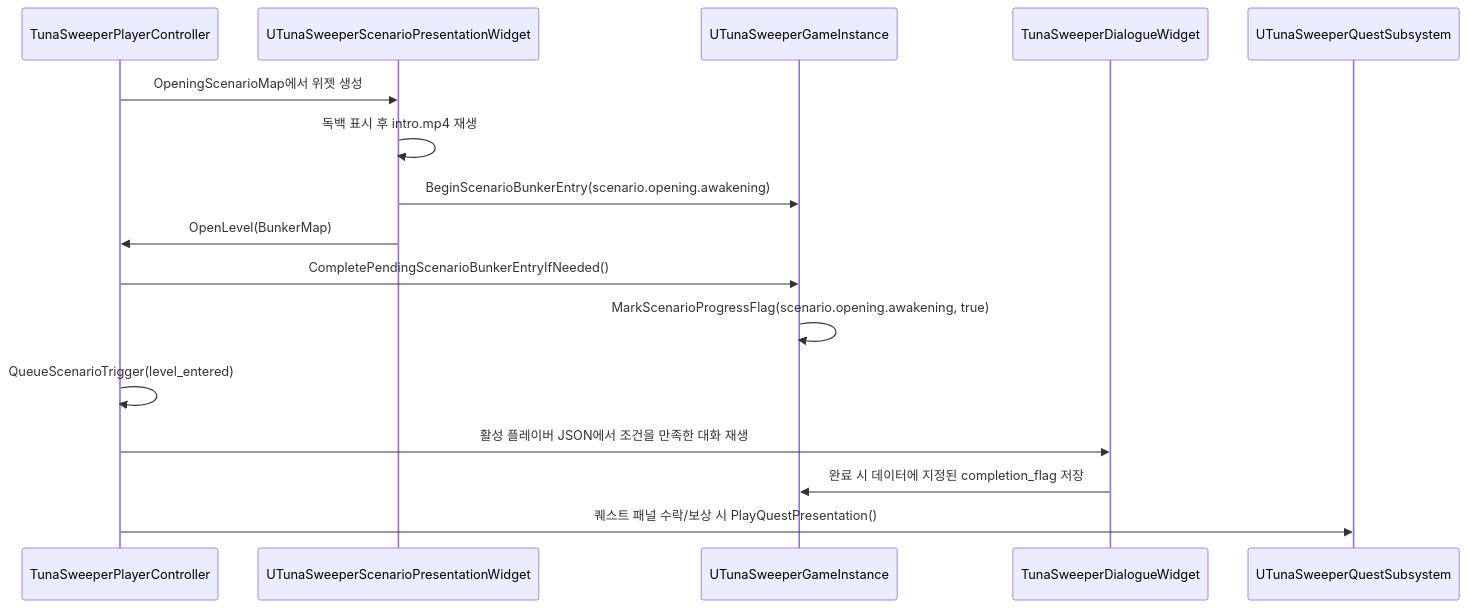
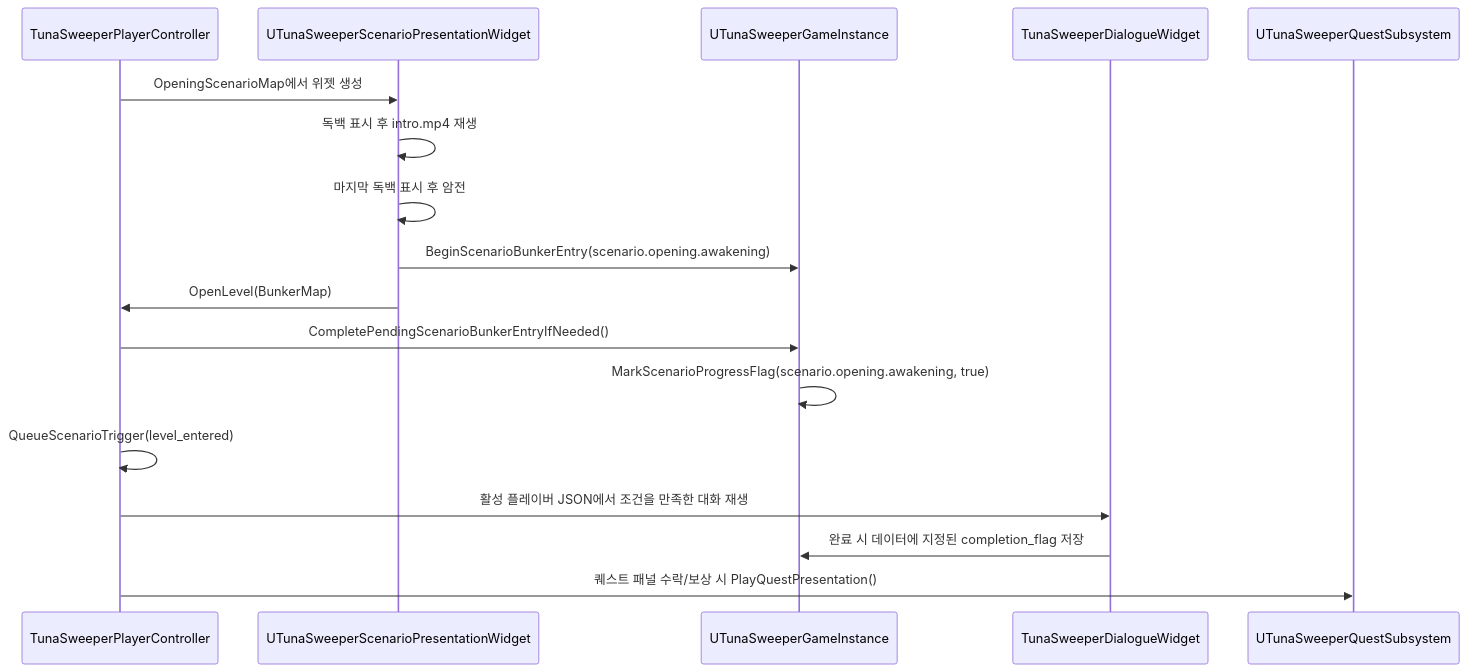
One commit to octopus7/extraction_shooter changed the second of 2 diagrams in Docs/quest_dialogue_scenario_flow.md. Above: the diagram before and after it, drawn with Mermaid. The commit also changed other lines of this file and 5 other files, not shown here.

````diff
--- a/Docs/quest_dialogue_scenario_flow.md
+++ b/Docs/quest_dialogue_scenario_flow.md
@@ -180,19 +180,20 @@
 ```mermaid
 sequenceDiagram
     participant PC as TunaSweeperPlayerController
     participant Scenario as UTunaSweeperScenarioPresentationWidget
     participant GI as UTunaSweeperGameInstance
     participant Dialogue as TunaSweeperDialogueWidget
     participant QS as UTunaSweeperQuestSubsystem
 
     PC->>Scenario: OpeningScenarioMap에서 위젯 생성
     Scenario->>Scenario: 독백 표시 후 intro.mp4 재생
+    Scenario->>Scenario: 마지막 독백 표시 후 암전
     Scenario->>GI: BeginScenarioBunkerEntry(scenario.opening.awakening)
     Scenario->>PC: OpenLevel(BunkerMap)
     PC->>GI: CompletePendingScenarioBunkerEntryIfNeeded()
     GI->>GI: MarkScenarioProgressFlag(scenario.opening.awakening, true)
     PC->>PC: QueueScenarioTrigger(level_entered)
     PC->>Dialogue: 활성 플레이버 JSON에서 조건을 만족한 대화 재생
     Dialogue->>GI: 완료 시 데이터에 지정된 completion_flag 저장
     PC->>QS: 퀘스트 패널 수락/보상 시 PlayQuestPresentation()
 ```
````
